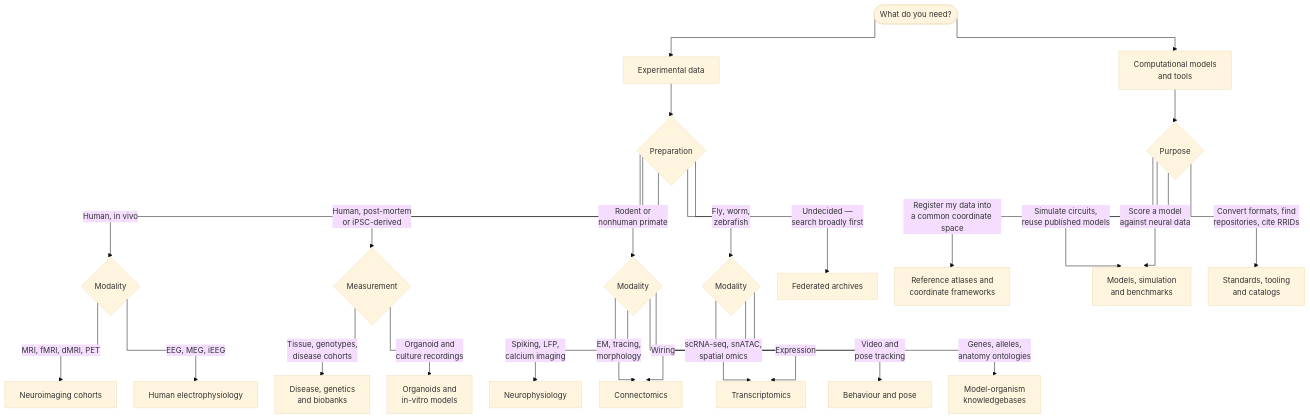
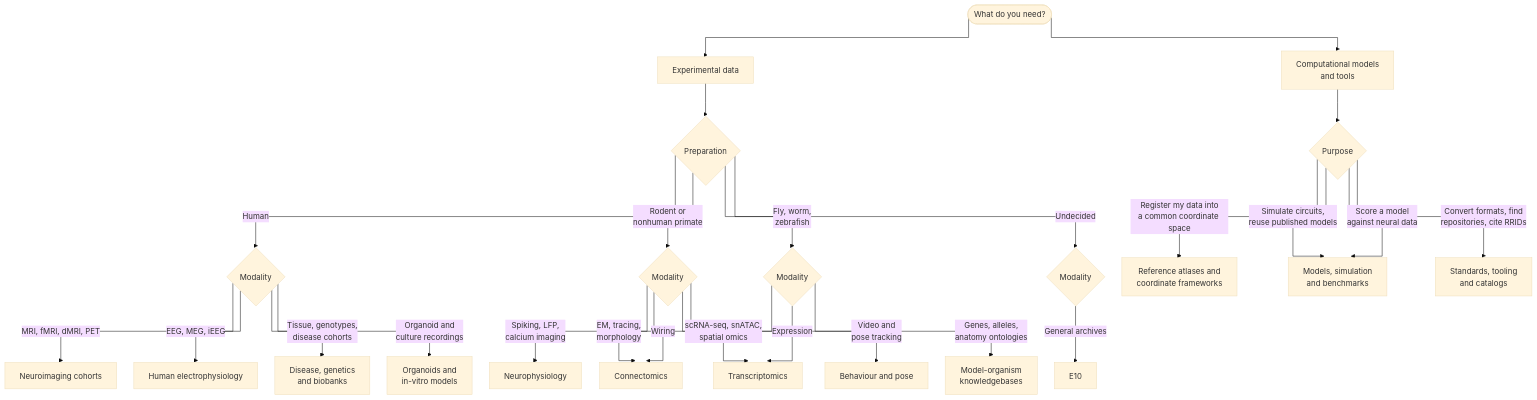
The diagram in docs/index.md (lauramedlock/neuroarchives), drawn with Mermaid (base theme) before and after one commit. The commit also changed other lines of this file, not shown here.

````diff
--- a/docs/index.md
+++ b/docs/index.md
@@ -41,35 +41,35 @@
 ```mermaid
 %%{init: {"flowchart": {"curve": "stepBefore", "nodeSpacing": 35, "rankSpacing": 55, "useMaxWidth": false}} }%%
 flowchart TD
     START([What do you need?])
     START --> EXP[Experimental data]
     START --> MOD[Computational models<br>and tools]
 
     EXP --> PREP{Preparation}
-    PREP -->|Human, in vivo| HU{Modality}
-    PREP -->|Human, post-mortem<br>or iPSC-derived| HPM{Measurement}
+    PREP -->|Human| HU{Modality}
     PREP -->|Rodent or<br>nonhuman primate| RO{Modality}
     PREP -->|Fly, worm,<br>zebrafish| INV{Modality}
-    PREP -->|Undecided —<br>search broadly first| FED[Federated archives]
+    PREP -->|Undecided| GEN{Modality}
 
     HU -->|MRI, fMRI, dMRI, PET| E1[Neuroimaging cohorts]
     HU -->|EEG, MEG, iEEG| E2[Human electrophysiology]
-
-    HPM -->|Tissue, genotypes,<br>disease cohorts| E3[Disease, genetics<br>and biobanks]
-    HPM -->|Organoid and<br>culture recordings| E4[Organoids and<br>in-vitro models]
+    HU -->|Tissue, genotypes,<br>disease cohorts| E3[Disease, genetics<br>and biobanks]
+    HU -->|Organoid and<br>culture recordings| E4[Organoids and<br>in-vitro models]
 
     RO -->|Spiking, LFP,<br>calcium imaging| E5[Neurophysiology]
     RO -->|EM, tracing,<br>morphology| E6[Connectomics]
     RO -->|scRNA-seq, snATAC,<br>spatial omics| E7[Transcriptomics]
     RO -->|Video and<br>pose tracking| E8[Behaviour and pose]
 
     INV -->|Wiring| E6
     INV -->|Expression| E7
     INV -->|Genes, alleles,<br>anatomy ontologies| E9[Model-organism<br>knowledgebases]
 
+    GEN -->|General archives| E10
+
     MOD --> PURPOSE{Purpose}
     PURPOSE -->|Register my data into<br>a common coordinate space| M1[Reference atlases and<br>coordinate frameworks]
     PURPOSE -->|Simulate circuits,<br>reuse published models| M2[Models, simulation<br>and benchmarks]
     PURPOSE -->|Score a model<br>against neural data| M2
     PURPOSE -->|Convert formats, find<br>repositories, cite RRIDs| M3[Standards, tooling<br>and catalogs]
 ```
````
